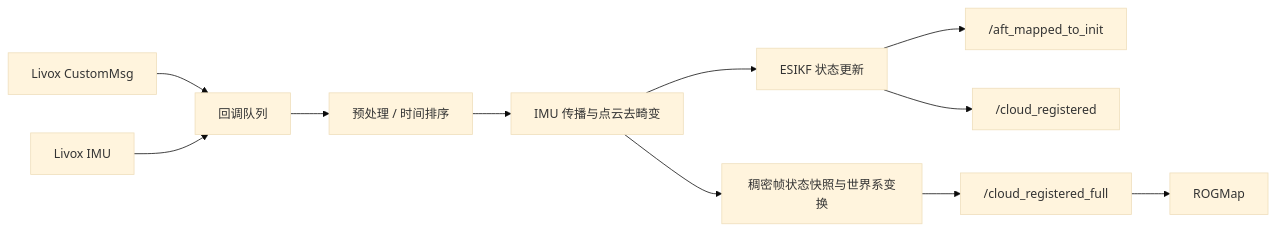
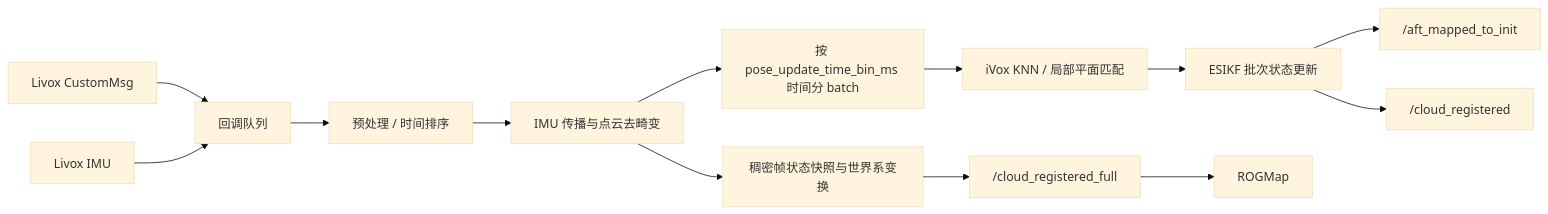
The diagram in src/perception/Point-LIO/README.md (Walker152/navi_minco_bit), drawn with Mermaid (base theme) before and after one commit. The commit also changed other lines of this file and 15 other files, not shown here.

````diff
--- a/src/perception/Point-LIO/README.md
+++ b/src/perception/Point-LIO/README.md
@@ -22,13 +22,15 @@
 ```mermaid
 flowchart LR
   D[Livox CustomMsg] --> Q[回调队列]
   I[Livox IMU] --> Q
   Q --> P[预处理 / 时间排序]
   P --> U[IMU 传播与点云去畸变]
-  U --> E[ESIKF 状态更新]
+  U --> B[按 pose_update_time_bin_ms 时间分 batch]
+  B --> K[iVox KNN / 局部平面匹配]
+  K --> E[ESIKF 批次状态更新]
   E --> O["/aft_mapped_to_init"]
   E --> C["/cloud_registered"]
   U --> F[稠密帧状态快照与世界系变换]
   F --> CF["/cloud_registered_full"]
   CF --> R[ROGMap]
 ```
````
